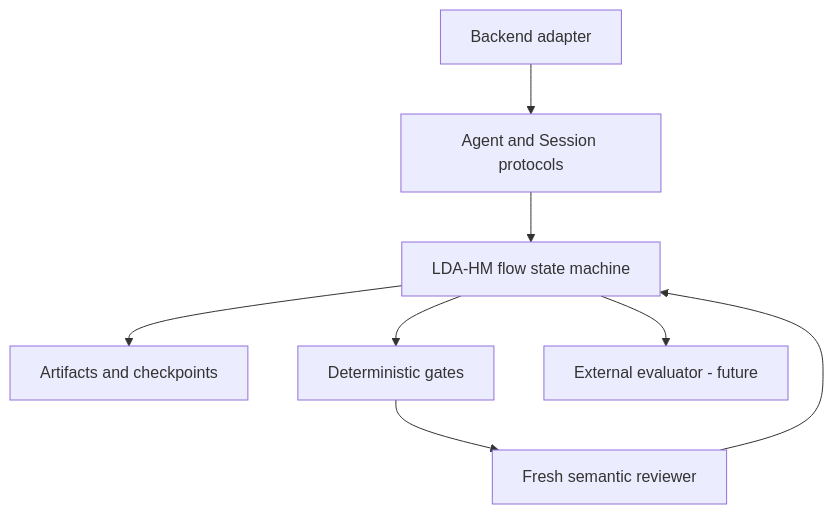
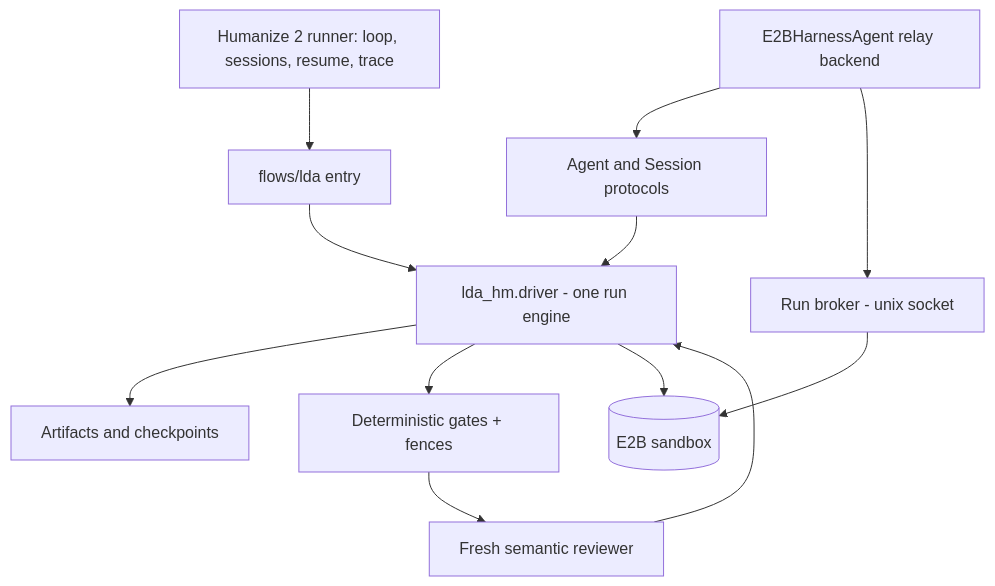
One commit to yisun219/LDA-HM-AS changed the first of 3 diagrams in docs/FLOW.md. Above: the diagram before and after it, drawn with Mermaid. The commit also changed other lines of this file, not shown here.

Commit message:
FLOW: the harness is hmz; explore stage and broker in the layer picture

````diff
--- a/docs/FLOW.md
+++ b/docs/FLOW.md
@@ -17,10 +34,14 @@
 ```mermaid
 flowchart TD
-  B[Backend adapter] --> R[Agent and Session protocols]
-  R --> F[LDA-HM flow state machine]
-  F --> A[Artifacts and checkpoints]
-  F --> G[Deterministic gates]
+  H[Humanize 2 runner: loop, sessions, resume, trace] --> X[flows/lda entry]
+  X --> D[lda_hm.driver - one run engine]
+  B[E2BHarnessAgent relay backend] --> R[Agent and Session protocols]
+  R --> D
+  D --> A[Artifacts and checkpoints]
+  D --> G[Deterministic gates + fences]
   G --> V[Fresh semantic reviewer]
-  V --> F
-  F --> E[External evaluator - future]
+  V --> D
+  K[Run broker - unix socket] --> S[(E2B sandbox)]
+  B --> K
+  D --> S
 ```
````
